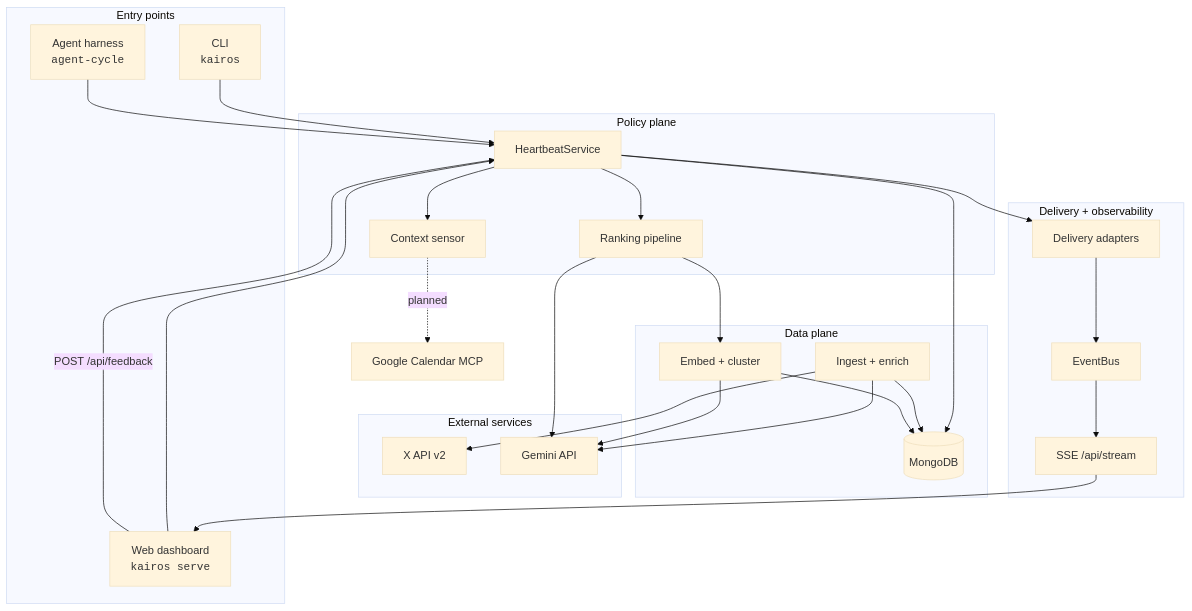
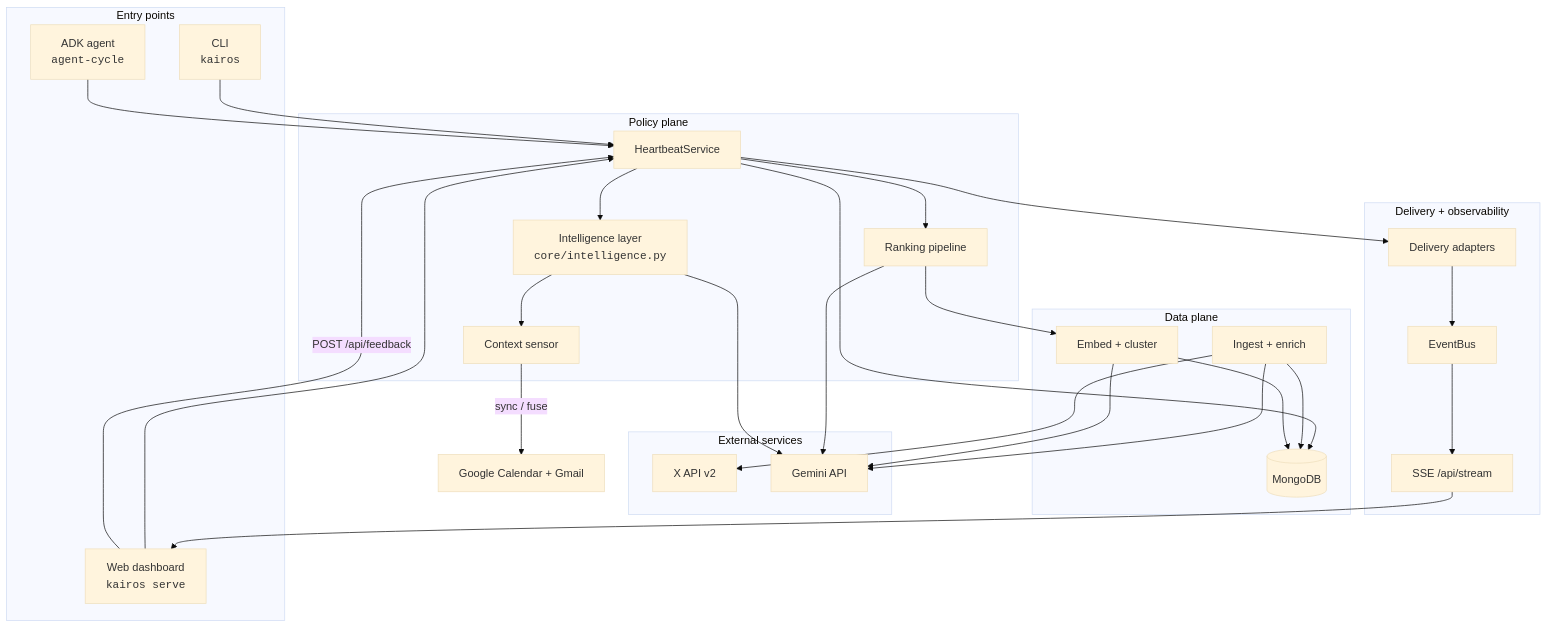
One commit to Sushmey/Kairos changed the first of 19 diagrams in docs/ARCHITECTURE.md. Above: the diagram before and after it, drawn with Mermaid (base theme). The commit also changed other lines of this file and 126 other files, not shown here.

````diff
--- a/docs/ARCHITECTURE.md
+++ b/docs/ARCHITECTURE.md
@@ -11,56 +11,59 @@
 ```mermaid
 flowchart TB
     subgraph Entry["Entry points"]
         CLI["CLI<br/><code>kairos</code>"]
         WebUI["Web dashboard<br/><code>kairos serve</code>"]
-        Agent["Agent harness<br/><code>agent-cycle</code>"]
+        Agent["ADK agent<br/><code>agent-cycle</code>"]
     end
 
     subgraph Policy["Policy plane"]
+        Intel["Intelligence layer<br/><code>core/intelligence.py</code>"]
         HS["HeartbeatService"]
         Rank["Ranking pipeline"]
         Ctx["Context sensor"]
     end
 
     subgraph Data["Data plane"]
         Ingest["Ingest + enrich"]
         Embed["Embed + cluster"]
         Mongo[(MongoDB)]
     end
 
     subgraph External["External services"]
         XAPI["X API v2"]
         Gemini["Gemini API"]
     end
 
     subgraph Output["Delivery + observability"]
         Del["Delivery adapters"]
         Bus["EventBus"]
         SSE["SSE /api/stream"]
     end
 
     CLI --> HS
     WebUI --> HS
     Agent --> HS
 
-    HS --> Ctx
+    HS --> Intel
+    Intel --> Ctx
     HS --> Rank
     HS --> Del
     HS --> Mongo
 
     Rank --> Embed
     Rank --> Gemini
-    Ctx -.->|"planned"| Calendar["Google Calendar MCP"]
+    Intel --> Gemini
+    Ctx -->|"sync / fuse"| Calendar["Google Calendar + Gmail"]
 
     Ingest --> XAPI
     Ingest --> Gemini
     Ingest --> Mongo
     Embed --> Gemini
     Embed --> Mongo
 
     Del --> Bus
     Bus --> SSE
     SSE --> WebUI
 
     WebUI -->|"POST /api/feedback"| HS
 ```
````
